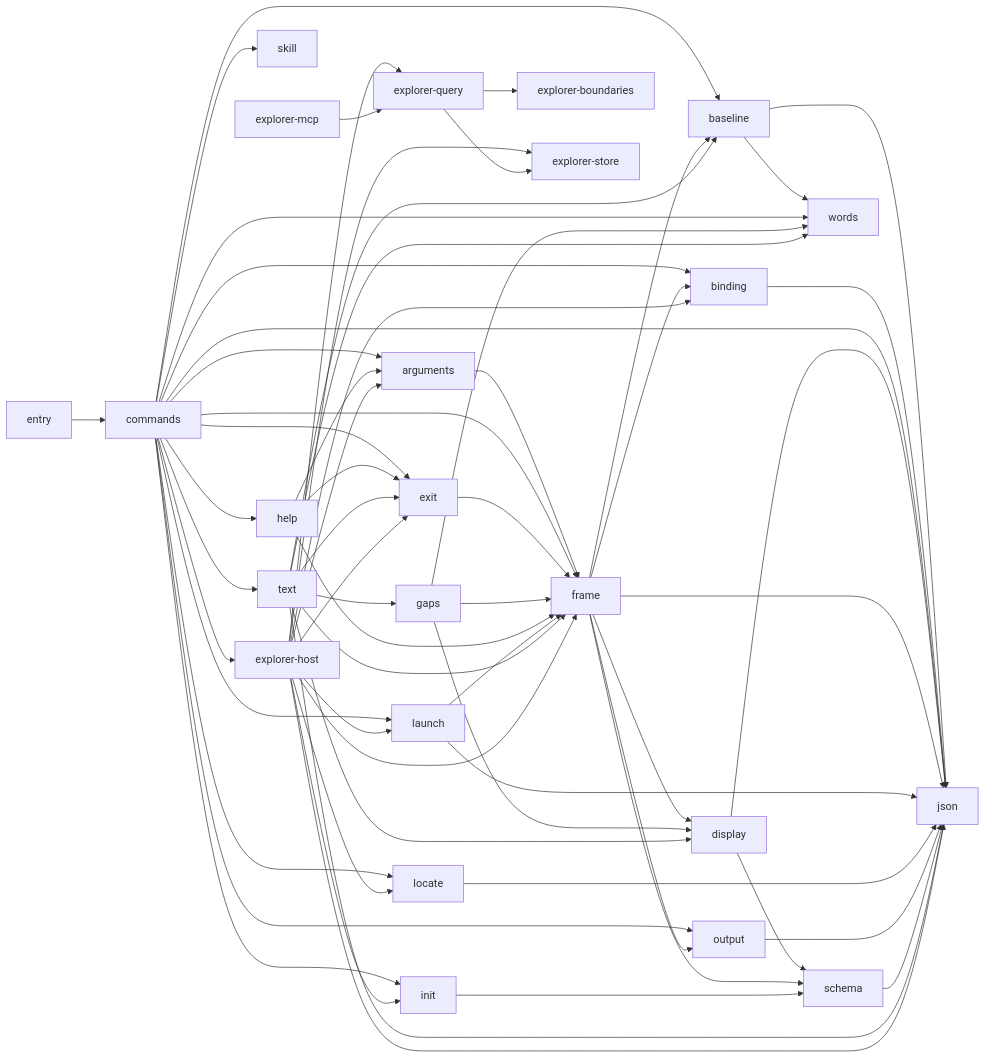
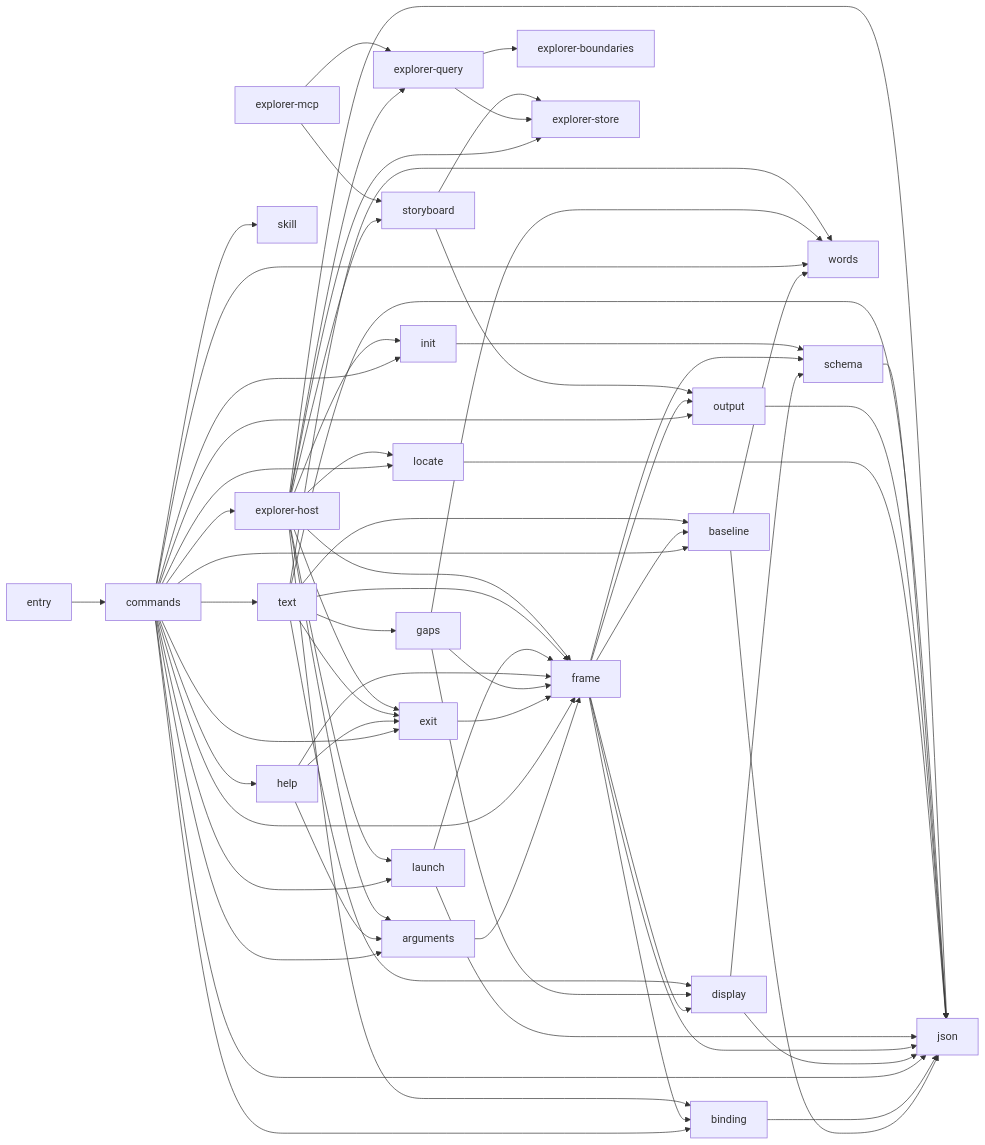
The diagram in docs/architecture/shell.md (rapiddweller/archkeel), drawn with Mermaid before and after one commit. The commit also changed 31 other files, not shown here.

````diff
--- a/docs/architecture/shell.md
+++ b/docs/architecture/shell.md
@@ -78,6 +78,7 @@
     n_21["explorer-mcp"]
     n_22["explorer-query"]
     n_23["explorer-store"]
+    n_24["storyboard"]
     n_0 --> n_7
     n_1 --> n_11
     n_1 --> n_18
@@ -139,4 +140,8 @@
     n_21 --> n_22
     n_22 --> n_19
     n_22 --> n_23
+    n_20 --> n_24
+    n_21 --> n_24
+    n_24 --> n_14
+    n_24 --> n_23
 ```
````
